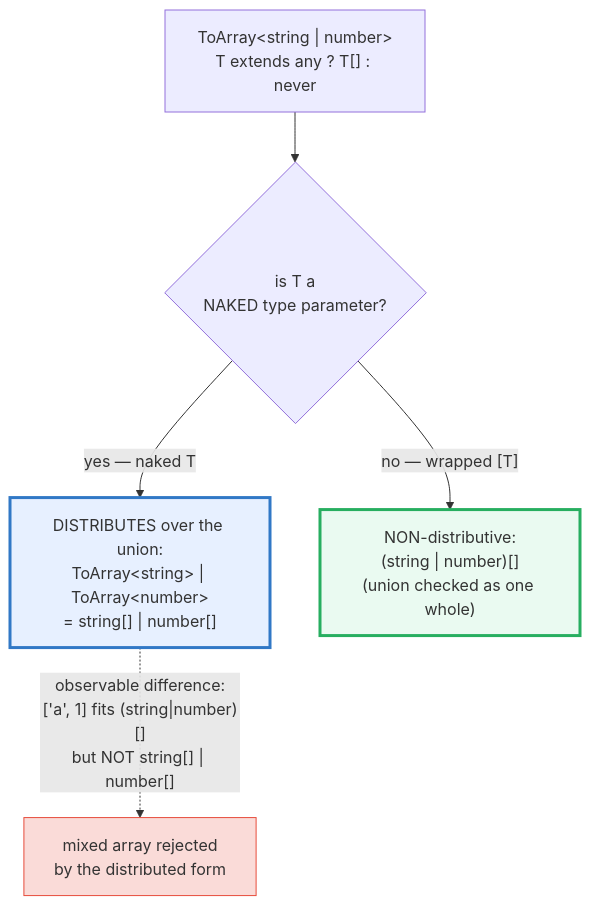
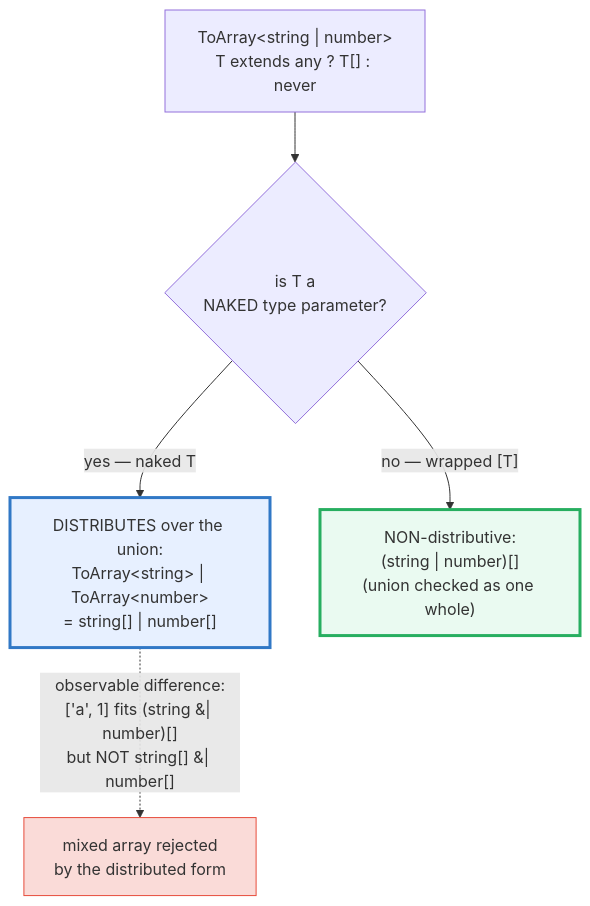
Before and after one commit to quanhua92/tutorials: the fifth of 5 diagrams in ts/UNIONS_INTERSECTIONS.md, drawn with Mermaid. The commit also changed 102 other files, not shown here.

First line of the commit message:
fix: repair 117 unrenderable mermaid diagrams across all sections

````diff
--- a/ts/UNIONS_INTERSECTIONS.md
+++ b/ts/UNIONS_INTERSECTIONS.md
@@ -361,10 +361,10 @@
 ```mermaid
 graph TD
     T["ToArray&lt;string | number&gt;<br/>T extends any ? T[] : never"] --> N{"is T a<br/>NAKED type parameter?"}
     N -->|"yes — naked T"| D["DISTRIBUTES over the union:<br/>ToArray&lt;string&gt; | ToArray&lt;number&gt;<br/>= string[] | number[]"]
     N -->|"no — wrapped [T]"| ND["NON-distributive:<br/>(string | number)[]<br/>(union checked as one whole)"]
-    D -.->|"observable difference:<br/>['a', 1] fits (string|number)[]<br/>but NOT string[] | number[]"| DIFF["mixed array rejected<br/>by the distributed form"]
+    D -.->|"observable difference:<br/>['a', 1] fits (string &#124; number)[]<br/>but NOT string[] &#124; number[]"| DIFF["mixed array rejected<br/>by the distributed form"]
     style D fill:#e7f0ff,stroke:#3178c6,stroke-width:3px
     style ND fill:#eafaf1,stroke:#27ae60,stroke-width:3px
     style DIFF fill:#fadbd8,stroke:#e74c3c
 ```
````
